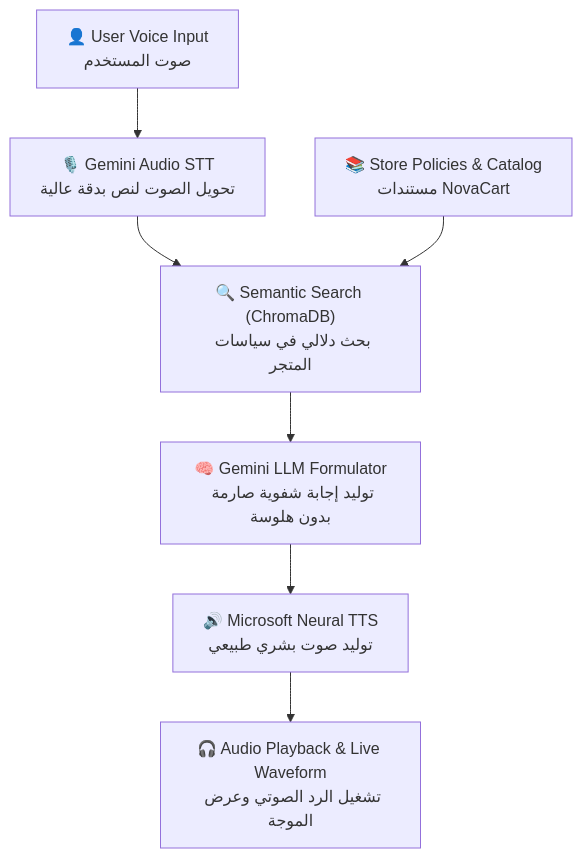
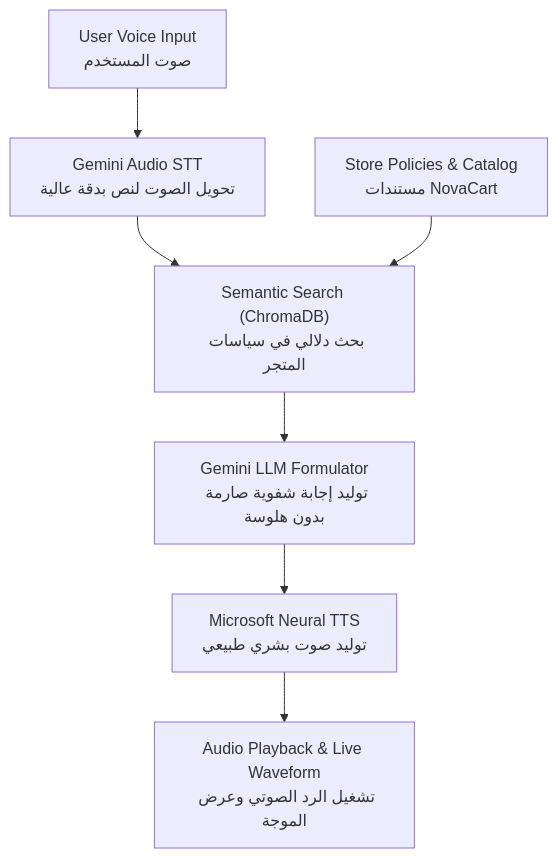
Before and after one commit to kareemxmhmd/voice-rag-copilot: the diagram in README.md, drawn with Mermaid. The commit also changed other lines of this file, not shown here.

````diff
--- a/README.md
+++ b/README.md
@@ -119,9 +39,9 @@
 ```mermaid
 flowchart TD
-    A["👤 User Voice Input<br/>صوت المستخدم"] --> B["🎙️ Gemini Audio STT<br/>تحويل الصوت لنص بدقة عالية"]
-    B --> C["🔍 Semantic Search (ChromaDB)<br/>بحث دلالي في سياسات المتجر"]
-    D["📚 Store Policies & Catalog<br/>مستندات NovaCart"] --> C
-    C --> E["🧠 Gemini LLM Formulator<br/>توليد إجابة شفوية صارمة بدون هلوسة"]
-    E --> F["🔊 Microsoft Neural TTS<br/>توليد صوت بشري طبيعي"]
-    F --> G["🎧 Audio Playback & Live Waveform<br/>تشغيل الرد الصوتي وعرض الموجة"]
+    A["User Voice Input<br/>صوت المستخدم"] --> B["Gemini Audio STT<br/>تحويل الصوت لنص بدقة عالية"]
+    B --> C["Semantic Search (ChromaDB)<br/>بحث دلالي في سياسات المتجر"]
+    D["Store Policies & Catalog<br/>مستندات NovaCart"] --> C
+    C --> E["Gemini LLM Formulator<br/>توليد إجابة شفوية صارمة بدون هلوسة"]
+    E --> F["Microsoft Neural TTS<br/>توليد صوت بشري طبيعي"]
+    F --> G["Audio Playback & Live Waveform<br/>تشغيل الرد الصوتي وعرض الموجة"]
 ```
````
